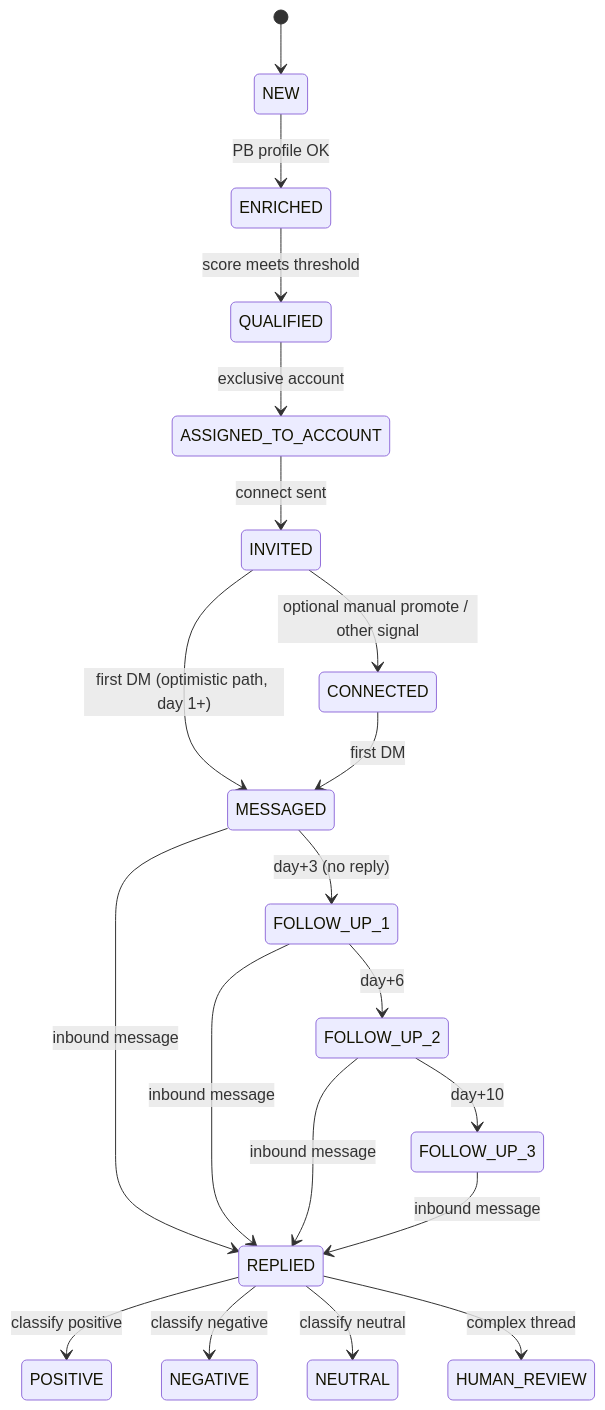
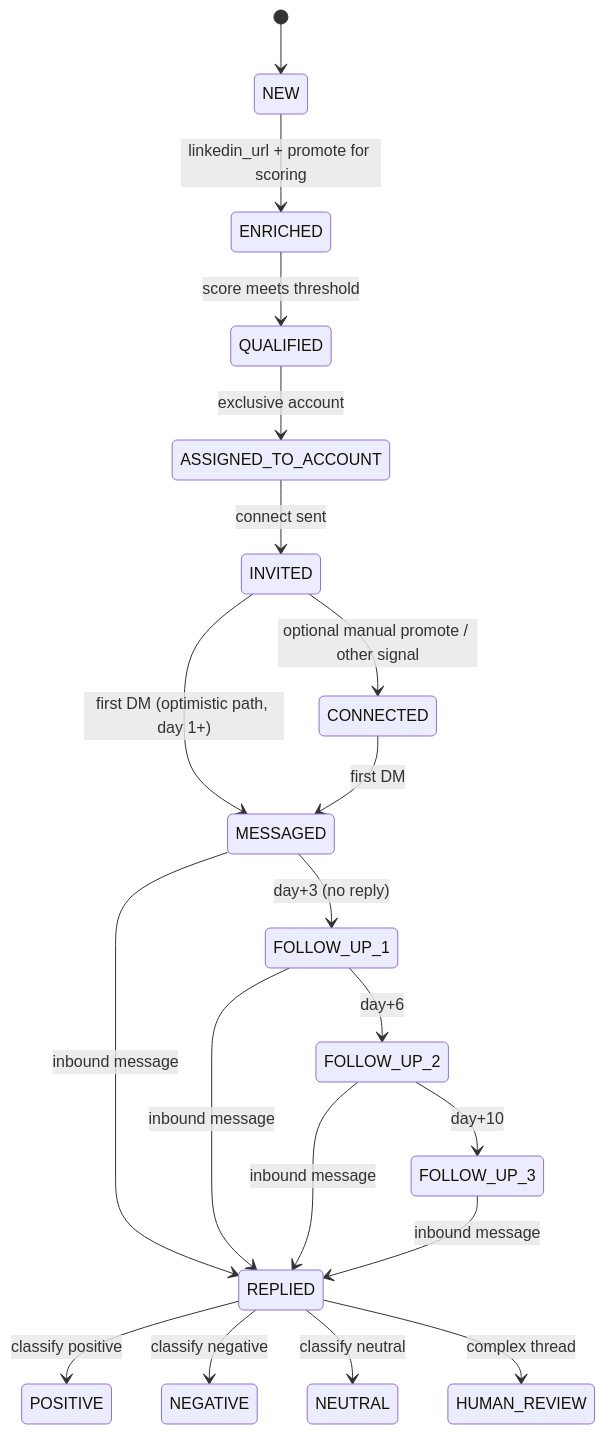
Before and after one commit to hamzaparvez-dev/linkedin-automation: the second of 3 diagrams in README.md, drawn with Mermaid. The commit also changed other lines of this file and 8 other files, not shown here.

````diff
--- a/README.md
+++ b/README.md
@@ -324,22 +324,22 @@
 ```mermaid
 stateDiagram-v2
   [*] --> NEW
-  NEW --> ENRICHED: PB profile OK
+  NEW --> ENRICHED: linkedin_url + promote for scoring
   ENRICHED --> QUALIFIED: score meets threshold
   QUALIFIED --> ASSIGNED_TO_ACCOUNT: exclusive account
   ASSIGNED_TO_ACCOUNT --> INVITED: connect sent
   INVITED --> CONNECTED: optional manual promote / other signal
   INVITED --> MESSAGED: first DM (optimistic path, day 1+)
   CONNECTED --> MESSAGED: first DM
   MESSAGED --> FOLLOW_UP_1: day+3 (no reply)
   FOLLOW_UP_1 --> FOLLOW_UP_2: day+6
   FOLLOW_UP_2 --> FOLLOW_UP_3: day+10
   MESSAGED --> REPLIED: inbound message
   FOLLOW_UP_1 --> REPLIED: inbound message
   FOLLOW_UP_2 --> REPLIED: inbound message
   FOLLOW_UP_3 --> REPLIED: inbound message
   REPLIED --> POSITIVE: classify positive
   REPLIED --> NEGATIVE: classify negative
   REPLIED --> NEUTRAL: classify neutral
   REPLIED --> HUMAN_REVIEW: complex thread
 ```
````
